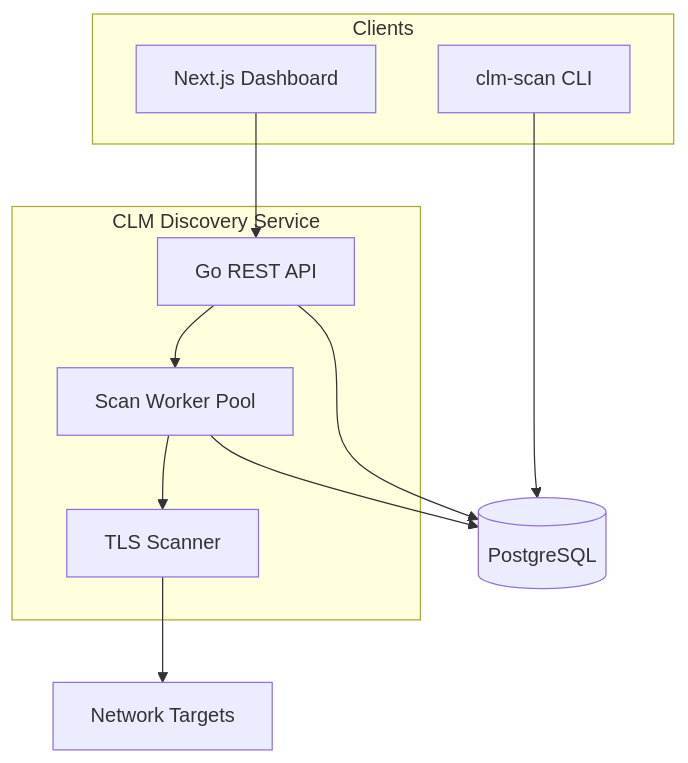
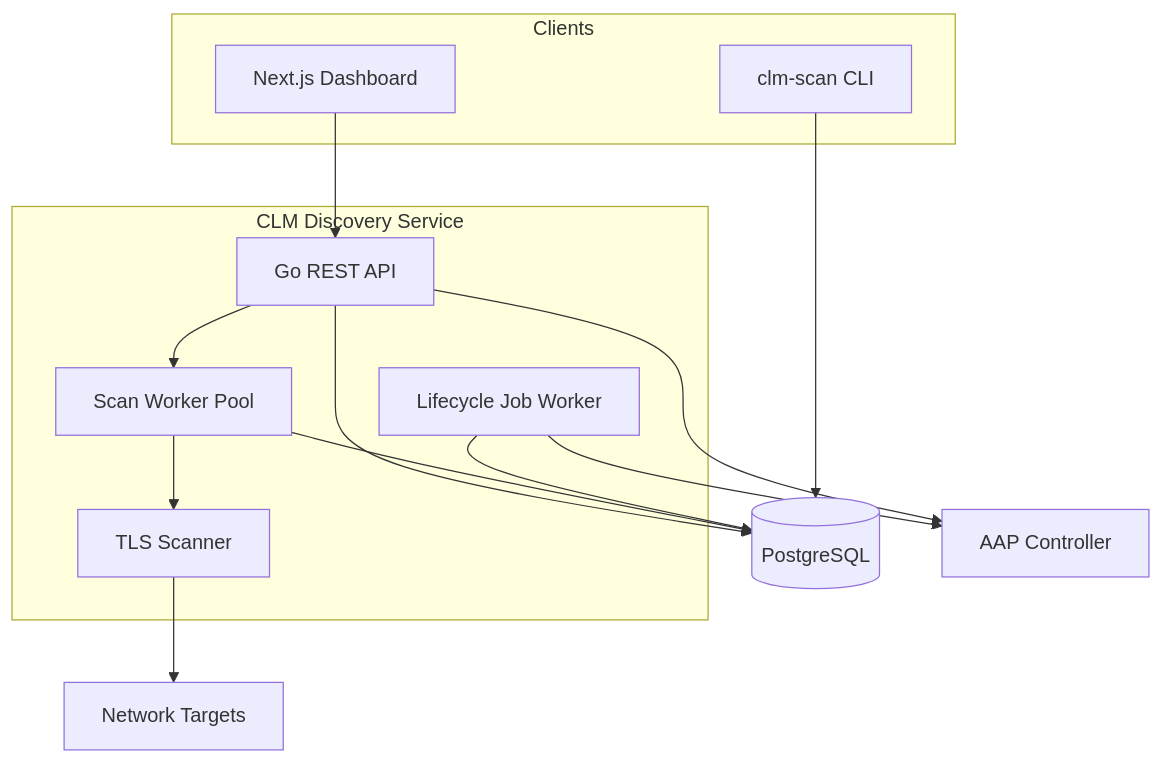
One commit to glimpsovstar/hashicorp-vault-clm-discovery changed the diagram in docs/architecture.md. Above: the diagram before and after it, drawn with Mermaid. The commit also changed other lines of this file and 21 other files, not shown here.

First line of the commit message:
feat(#80): durable lifecycle jobs with AAP poll and wire verify

````diff
--- a/docs/architecture.md
+++ b/docs/architecture.md
@@ -12,24 +12,29 @@
 ```mermaid
 flowchart TB
   subgraph clients [Clients]
     Dashboard[Next.js Dashboard]
     CLI[clm-scan CLI]
   end
 
   subgraph service [CLM Discovery Service]
     API[Go REST API]
     Worker[Scan Worker Pool]
+    LifeWorker[Lifecycle Job Worker]
     Scanner[TLS Scanner]
   end
 
   DB[(PostgreSQL)]
   Network[Network Targets]
+  AAP[AAP Controller]
 
   Dashboard --> API
   CLI --> DB
   API --> Worker
+  API --> DB
   Worker --> Scanner
   Scanner --> Network
   Worker --> DB
-  API --> DB
+  LifeWorker --> DB
+  LifeWorker --> AAP
+  API --> AAP
 ```
````
